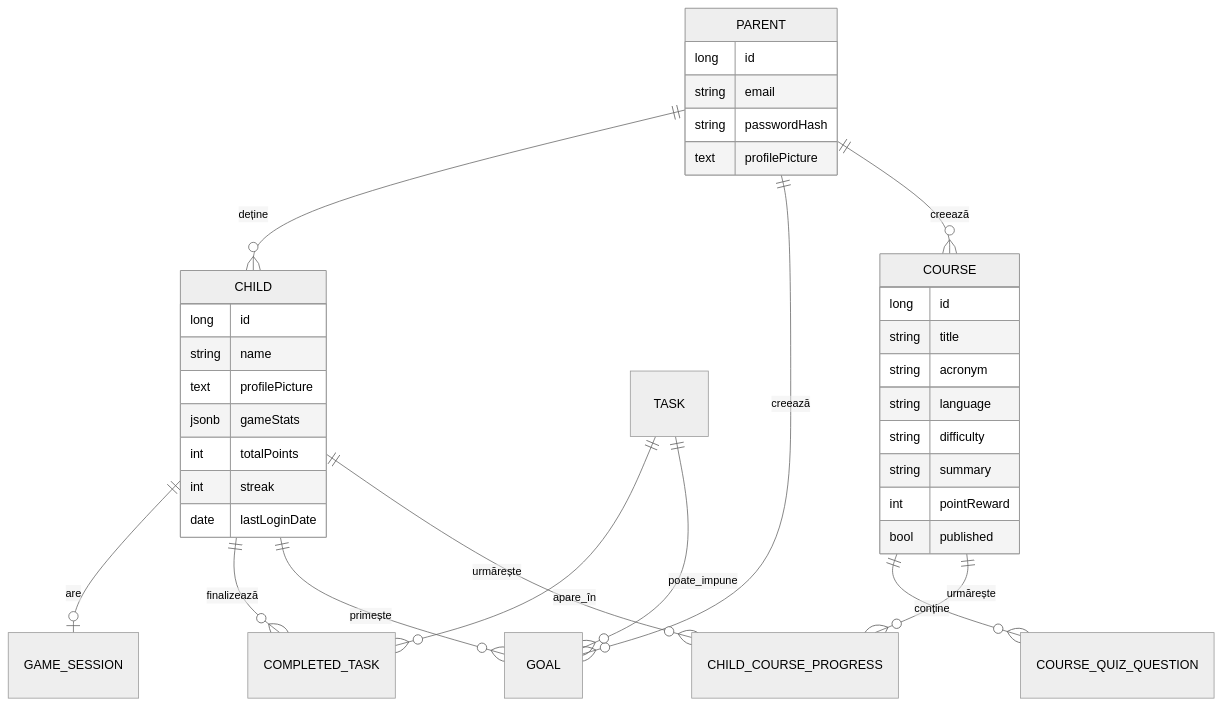
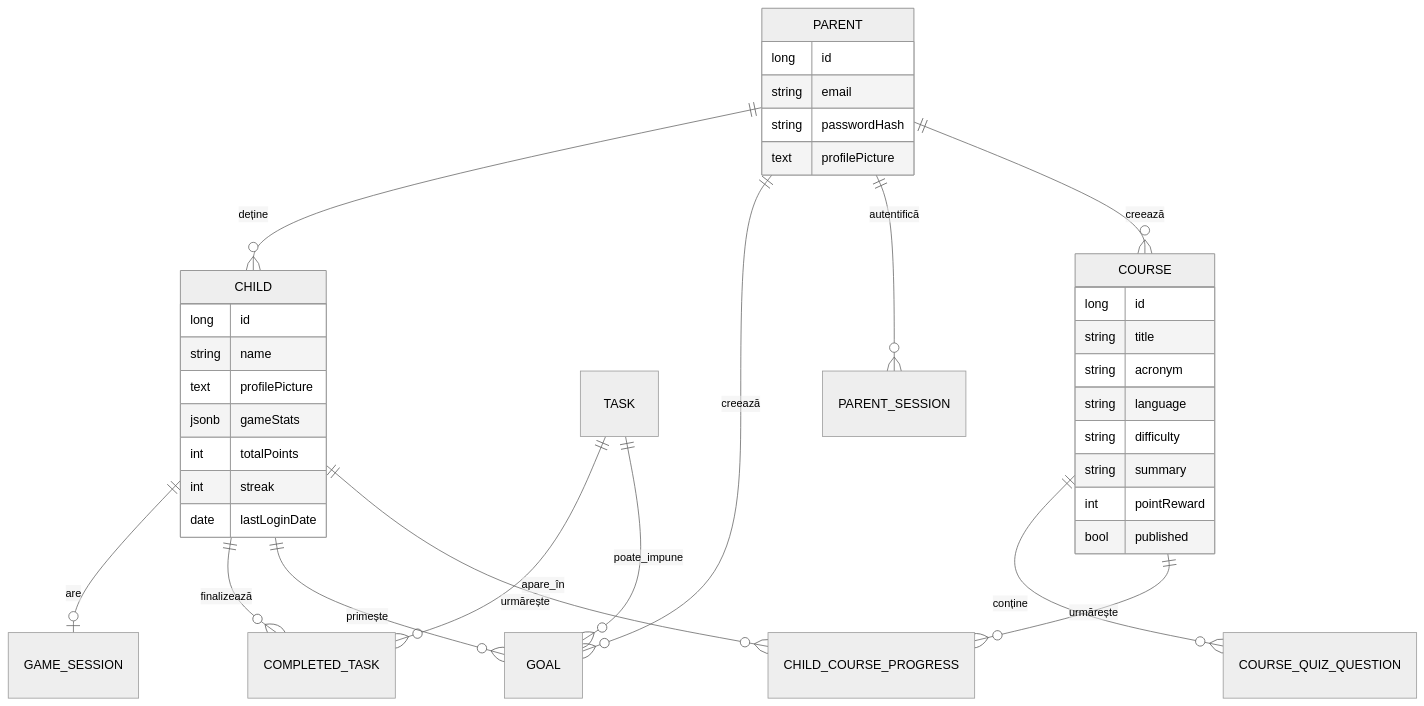
One commit to Ieditzu/Mentora changed the fifth of 5 diagrams in README.md. Above: the diagram before and after it, drawn with Mermaid (neutral theme). The commit also changed other lines of this file and 135 other files, not shown here.

````diff
--- a/README.md
+++ b/README.md
@@ -623,42 +643,43 @@
 ```mermaid
 erDiagram
     PARENT ||--o{ CHILD : deține
     CHILD ||--o| GAME_SESSION : are
     CHILD ||--o{ COMPLETED_TASK : finalizează
     TASK ||--o{ COMPLETED_TASK : apare_în
     PARENT ||--o{ GOAL : creează
+    PARENT ||--o{ PARENT_SESSION : autentifică
     CHILD ||--o{ GOAL : primește
     TASK ||--o{ GOAL : poate_impune
     PARENT ||--o{ COURSE : creează
     COURSE ||--o{ COURSE_QUIZ_QUESTION : conține
     CHILD ||--o{ CHILD_COURSE_PROGRESS : urmărește
     COURSE ||--o{ CHILD_COURSE_PROGRESS : urmărește
 
     PARENT {
         long id
         string email
         string passwordHash
         text profilePicture
     }
 
     CHILD {
         long id
         string name
         text profilePicture
         jsonb gameStats
         int totalPoints
         int streak
         date lastLoginDate
     }
 
     COURSE {
         long id
         string title
         string acronym
         string language
         string difficulty
         string summary
         int pointReward
         bool published
     }
 ```
````
